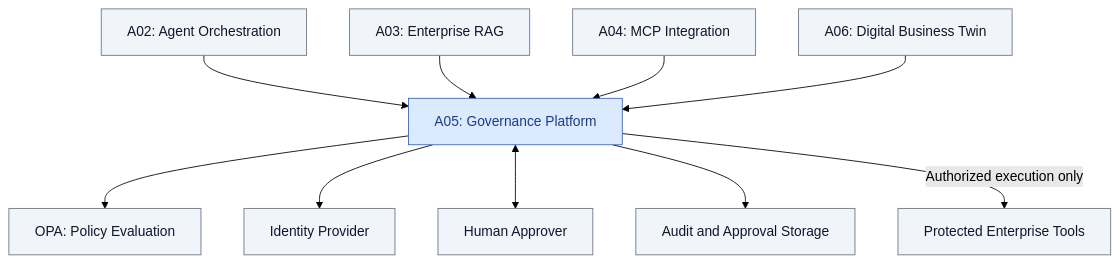
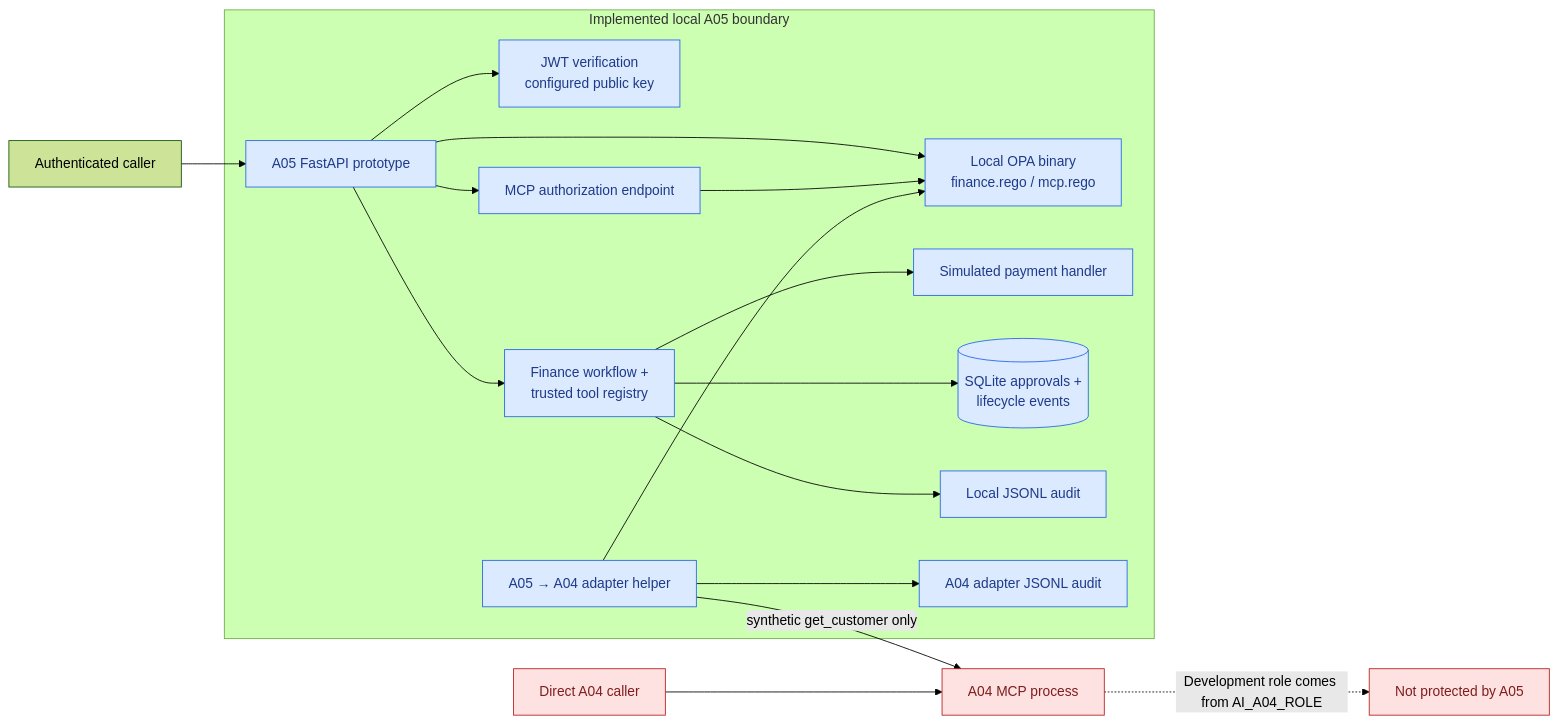
The diagram in diagrams/01-system-context.mmd (cpgrant/a-05-ai-governance-policy-enforcement), drawn with Mermaid (forest theme) before and after one commit. The commit also changed 20 other files, not shown here.

Commit message:
AI-A05 Day 4: finalize architecture diagrams and documentation

```diff
--- a/diagrams/01-system-context.mmd
+++ b/diagrams/01-system-context.mmd
@@ -1,30 +1,24 @@
-flowchart TB
-    A02["A02: Agent Orchestration"]
-    A03["A03: Enterprise RAG"]
-    A04["A04: MCP Integration"]
-    A06["A06: Digital Business Twin"]
+flowchart LR
+    CLIENT["Authenticated caller"] --> API["A05 FastAPI prototype"]
 
-    A05["A05: Governance Platform"]
+    subgraph A05["Implemented local A05 boundary"]
+        API --> JWT["JWT verification\nconfigured public key"]
+        API --> OPA["Local OPA binary\nfinance.rego / mcp.rego"]
+        API --> FIN["Finance workflow +\ntrusted tool registry"]
+        FIN --> SIM["Simulated payment handler"]
+        FIN --> SQLITE[("SQLite approvals +\nlifecycle events")]
+        FIN --> AUDIT["Local JSONL audit"]
+        API --> MCP["MCP authorization endpoint"]
+        MCP --> OPA
+        ADAPTER["A05 → A04 adapter helper"] --> OPA
+        ADAPTER --> MCPAUDIT["A04 adapter JSONL audit"]
+    end
 
-    OPA["OPA: Policy Evaluation"]
-    ID["Identity Provider"]
-    HUMAN["Human Approver"]
-    DB["Audit and Approval Storage"]
-    TOOLS["Protected Enterprise Tools"]
+    ADAPTER -->|"synthetic get_customer only"| A04["A04 MCP process"]
+    DIRECT["Direct A04 caller"] --> A04
+    A04 -. "Development role comes from AI_A04_ROLE" .-> GAP["Not protected by A05"]
 
-    A02 --> A05
-    A03 --> A05
-    A04 --> A05
-    A06 --> A05
-
-    A05 --> OPA
-    A05 --> ID
-    A05 <--> HUMAN
-    A05 --> DB
-    A05 -->|"Authorized execution only"| TOOLS
-
-    classDef governance fill:#dbeafe,stroke:#2563eb,color:#1e3a8a
-    classDef external fill:#f1f5f9,stroke:#64748b,color:#0f172a
-
-    class A05 governance
-    class A02,A03,A04,A06,OPA,ID,HUMAN,DB,TOOLS external
+    classDef implemented fill:#dbeafe,stroke:#2563eb,color:#1e3a8a
+    classDef boundary fill:#fee2e2,stroke:#b91c1c,color:#7f1d1d
+    class API,JWT,OPA,FIN,SIM,SQLITE,AUDIT,MCP,ADAPTER,MCPAUDIT implemented
+    class A04,DIRECT,GAP boundary
```
